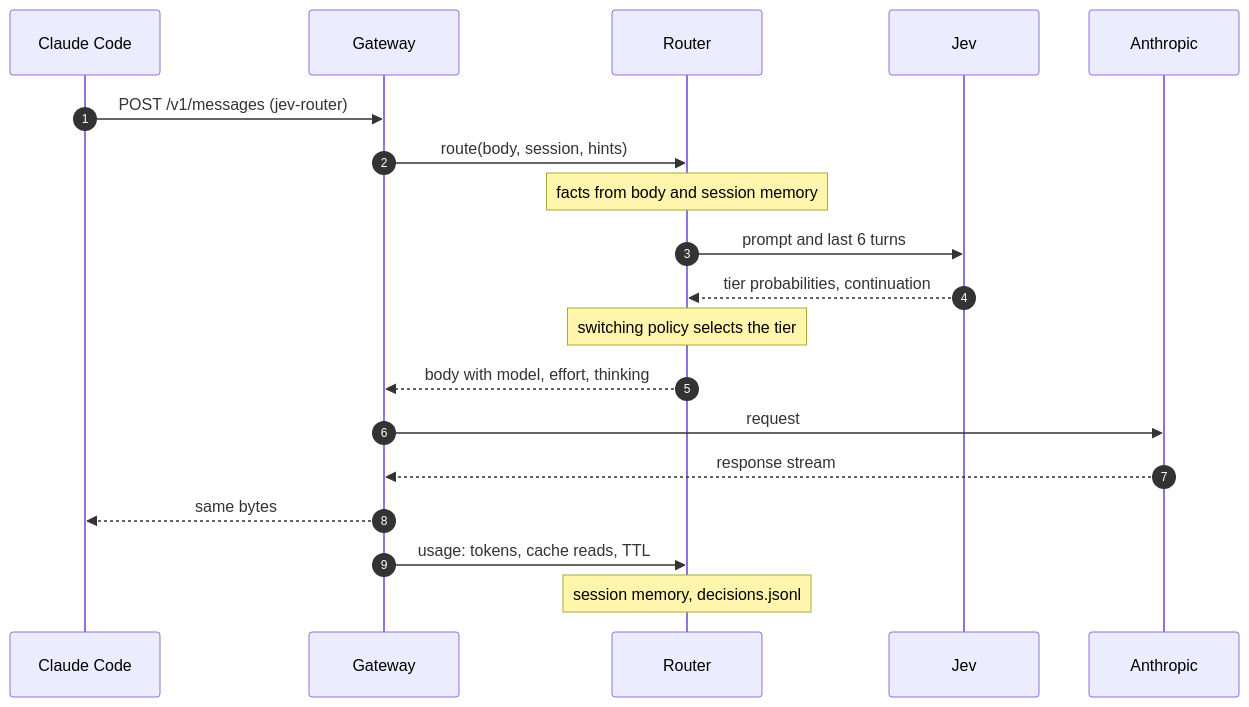
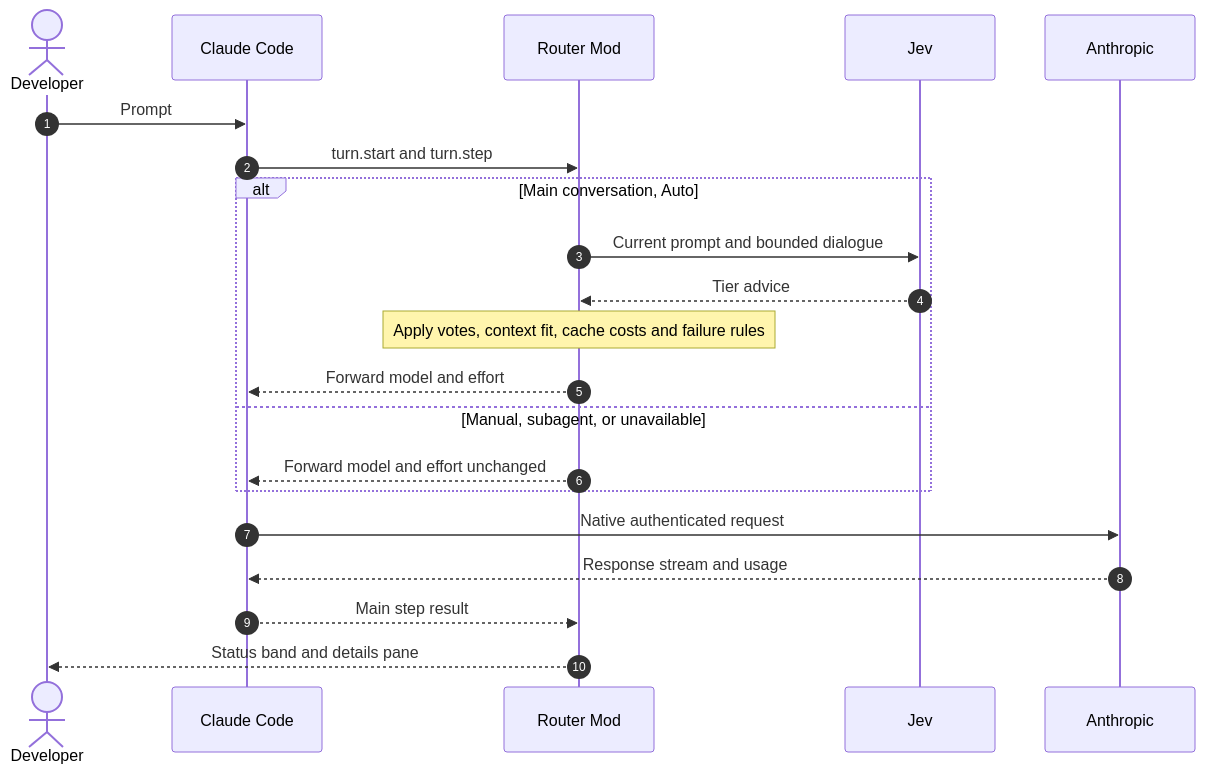
The diagram in docs/architecture.md (alexei-led/claude-router), drawn with Mermaid before and after one commit. The commit also changed other lines of this file and 118 other files, not shown here.

````diff
--- a/docs/architecture.md
+++ b/docs/architecture.md
@@ -103,22 +7,23 @@
 ```mermaid
 sequenceDiagram
-  autonumber
-  participant CC as Claude Code
-  participant GW as Gateway
-  participant R as Router
-  participant J as Jev
-  participant A as Anthropic
-
-  CC->>GW: POST /v1/messages (jev-router)
-  GW->>R: route(body, session, hints)
-  Note over R: facts from body and session memory
-  R->>J: prompt and last 6 turns
-  J-->>R: tier probabilities, continuation
-  Note over R: switching policy selects the tier
-  R-->>GW: body with model, effort, thinking
-  GW->>A: request
-  A-->>GW: response stream
-  GW-->>CC: same bytes
-  GW->>R: usage: tokens, cache reads, TTL
-  Note over R: session memory, decisions.jsonl
+    autonumber
+    actor Dev as Developer
+    participant Code as Claude Code
+    participant Mod as Router Mod
+    participant Jev
+    participant API as Anthropic
+    Dev->>Code: Prompt
+    Code->>Mod: turn.start and turn.step
+    alt Main conversation, Auto
+        Mod->>Jev: Current prompt and bounded dialogue
+        Jev-->>Mod: Tier advice
+        Note over Mod: Apply votes, context fit, cache costs and failure rules
+        Mod-->>Code: Forward model and effort
+    else Manual, subagent, or unavailable
+        Mod-->>Code: Forward model and effort unchanged
+    end
+    Code->>API: Native authenticated request
+    API-->>Code: Response stream and usage
+    Code-->>Mod: Main step result
+    Mod-->>Dev: Status band and details pane
 ```
````
